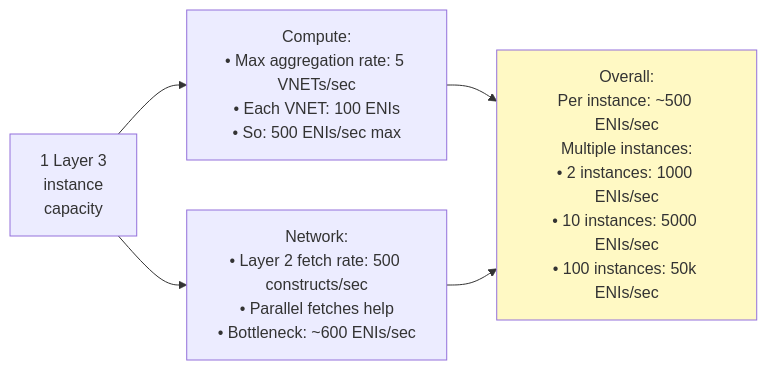
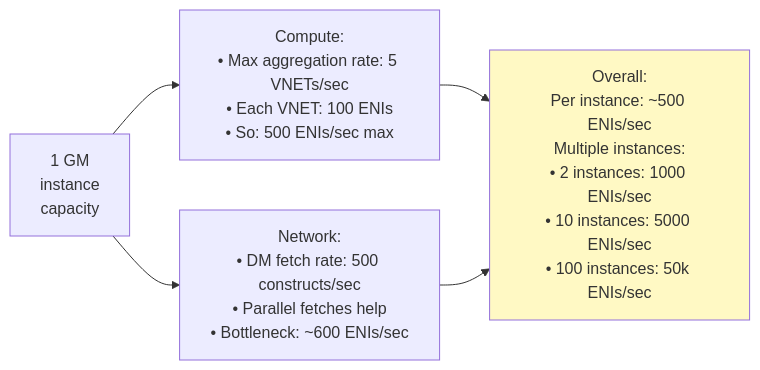
The ninth of 9 diagrams in docs/FM-Designs/FM_DESIGN_LAYER3_SOUTHBOUND_SUPER_ENHANCED.md (rashmirrout/DashFabric), drawn with Mermaid before and after one commit. The commit also changed other lines of this file and 32 other files, not shown here.

````diff
--- a/docs/FM-Designs/FM_DESIGN_LAYER3_SOUTHBOUND_SUPER_ENHANCED.md
+++ b/docs/FM-Designs/FM_DESIGN_LAYER3_SOUTHBOUND_SUPER_ENHANCED.md
@@ -552,17 +552,17 @@
 ```mermaid
 graph LR
-    A["1 Layer 3<br/>instance<br/>capacity"]
+    A["1 GM<br/>instance<br/>capacity"]
     
     B["Compute:<br/>• Max aggregation rate: 5 VNETs/sec<br/>• Each VNET: 100 ENIs<br/>• So: 500 ENIs/sec max"]
     
-    C["Network:<br/>• Layer 2 fetch rate: 500 constructs/sec<br/>• Parallel fetches help<br/>• Bottleneck: ~600 ENIs/sec"]
+    C["Network:<br/>• DM fetch rate: 500 constructs/sec<br/>• Parallel fetches help<br/>• Bottleneck: ~600 ENIs/sec"]
     
     D["Overall:<br/>Per instance: ~500 ENIs/sec<br/>Multiple instances:<br/>• 2 instances: 1000 ENIs/sec<br/>• 10 instances: 5000 ENIs/sec<br/>• 100 instances: 50k ENIs/sec"]
     
     A --> B
     A --> C
     B --> D
     C --> D
     
     style D fill:#fff9c4
 ```
````
